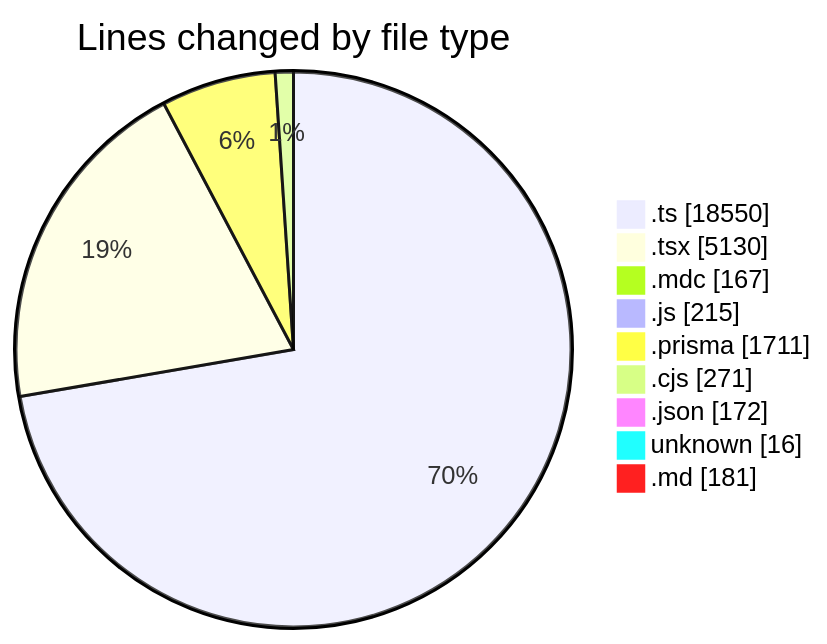
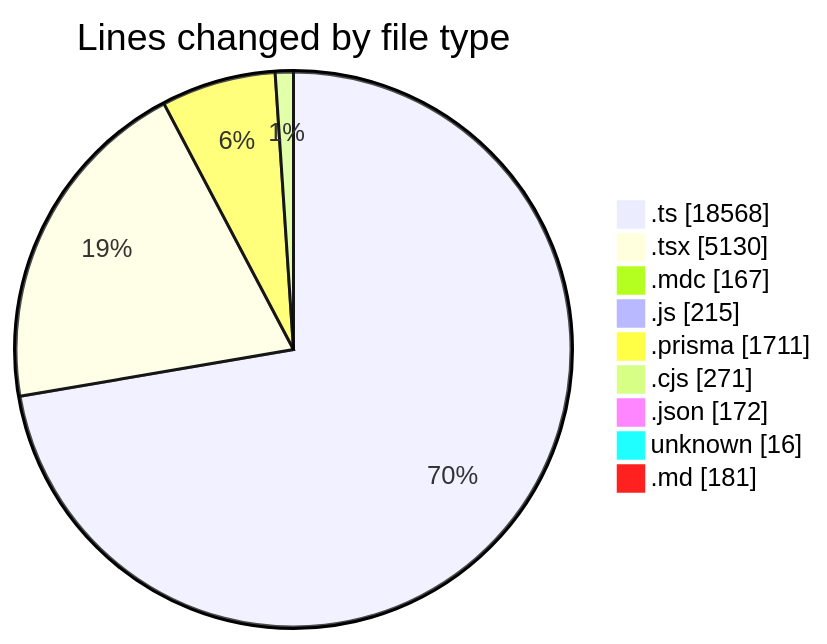
The first of 2 diagrams in 2025-06-06/ecodeli-1/README.md (CELIANVF/code-tracking), drawn with Mermaid before and after one commit. The commit also changed other lines of this file and 1 other file, not shown here.

````diff
--- a/2025-06-06/ecodeli-1/README.md
+++ b/2025-06-06/ecodeli-1/README.md
@@ -96,13 +96,13 @@
 ```mermaid
 pie showData
 title Lines changed by file type
-".ts" : 18550
+".ts" : 18568
 ".tsx" : 5130
 ".mdc" : 167
 ".js" : 215
 ".prisma" : 1711
 ".cjs" : 271
 ".json" : 172
 "unknown" : 16
 ".md" : 181
 ```
````
